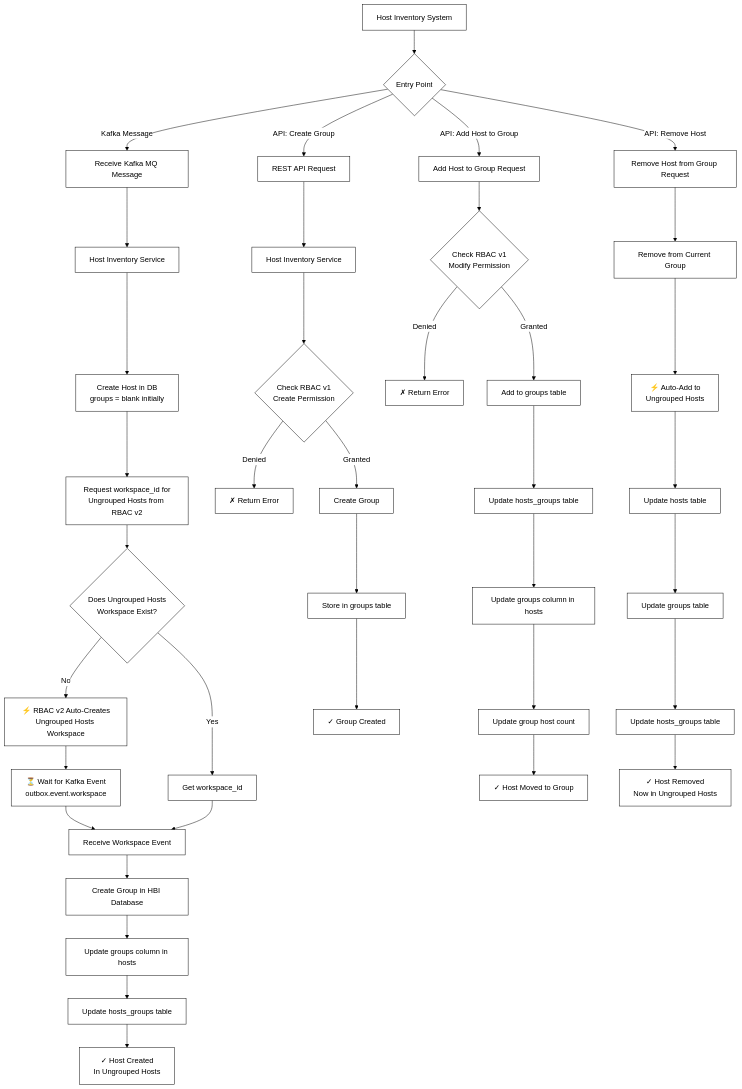
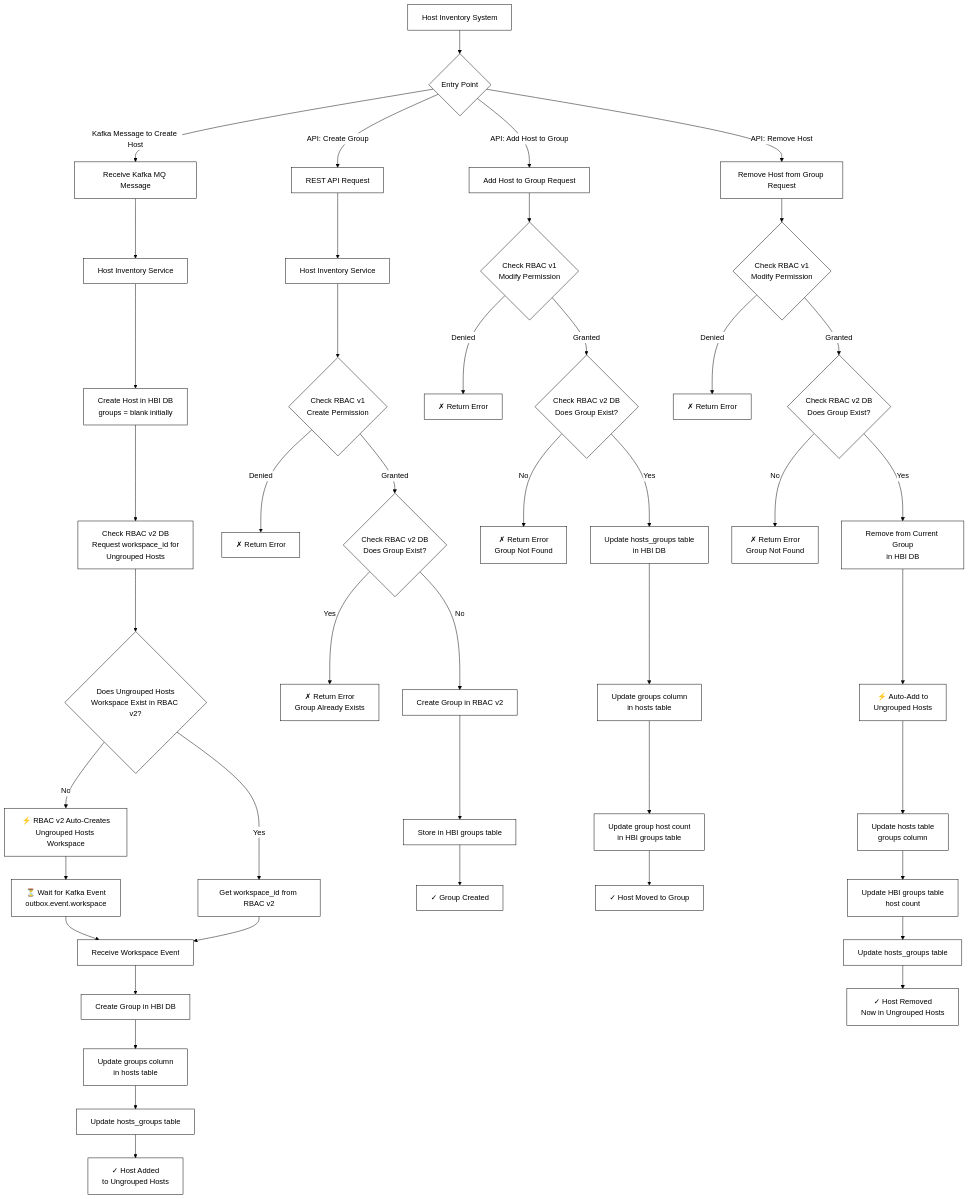
One commit to RedHatInsights/insights-host-inventory changed the fourth of 4 diagrams in docs/kessel-effects-combined.md. Above: the diagram before and after it, drawn with Mermaid. The commit also changed other lines of this file and 1 other file, not shown here.

Commit message:
Added RBAC_V2 check for With Kessel scenarios and cleaned up the doc

````diff
--- a/docs/kessel-effects-combined.md
+++ b/docs/kessel-effects-combined.md
@@ -104,51 +128,58 @@
 ```mermaid
 %%{init: {'theme':'base', 'themeVariables': { 'primaryColor':'#ffffff','primaryTextColor':'#000000','primaryBorderColor':'#000000','lineColor':'#000000','secondaryColor':'#ffffff','tertiaryColor':'#ffffff','clusterBkg':'#ffffff','clusterBorder':'#000000','titleColor':'#000000','edgeLabelBackground':'#ffffff','nodeTextColor':'#000000'}}}%%
 flowchart TD
     Start[Host Inventory System]
     Start --> Entry{Entry Point}
 
-    Entry -->|Kafka Message| KC1[Receive Kafka MQ Message]
+    Entry -->|Kafka Message to Create Host| KC1[Receive Kafka MQ Message]
     Entry -->|API: Create Group| KGC1[REST API Request]
     Entry -->|API: Add Host to Group| KHG1[Add Host to Group Request]
     Entry -->|API: Remove Host| KRG1[Remove Host from Group Request]
 
     %% Host Creation Flow - Always Grouped
     KC1 --> KC2[Host Inventory Service]
-    KC2 --> KC3[Create Host in DB<br/>groups = blank initially]
-    KC3 --> KC4[Request workspace_id for<br/>Ungrouped Hosts from RBAC v2]
-    KC4 --> KC5{Does Ungrouped Hosts<br/>Workspace Exist?}
+    KC2 --> KC3[Create Host in HBI DB<br/>groups = blank initially]
+    KC3 --> KC4[Check RBAC v2 DB<br/>Request workspace_id for<br/>Ungrouped Hosts]
+    KC4 --> KC5{Does Ungrouped Hosts<br/>Workspace Exist in RBAC v2?}
     KC5 -->|No| KC6[⚡ RBAC v2 Auto-Creates<br/>Ungrouped Hosts Workspace]
-    KC5 -->|Yes| KC7[Get workspace_id]
+    KC5 -->|Yes| KC7[Get workspace_id from RBAC v2]
     KC6 --> KC8[⏳ Wait for Kafka Event<br/>outbox.event.workspace]
     KC8 --> KC9[Receive Workspace Event]
     KC7 --> KC9
-    KC9 --> KC10[Create Group in HBI Database]
-    KC10 --> KC11[Update groups column in hosts]
+    KC9 --> KC10[Create Group in HBI DB]
+    KC10 --> KC11[Update groups column<br/>in hosts table]
     KC11 --> KC12[Update hosts_groups table]
-    KC12 --> KC13[✓ Host Created<br/>In Ungrouped Hosts]
+    KC12 --> KC13[✓ Host Added <br/>to Ungrouped Hosts]
 
     %% Group Creation Flow
     KGC1 --> KGC2[Host Inventory Service]
     KGC2 --> KGC3{Check RBAC v1<br/>Create Permission}
     KGC3 -->|Denied| KGC4[✗ Return Error]
-    KGC3 -->|Granted| KGC5[Create Group]
-    KGC5 --> KGC6[Store in groups table]
-    KGC6 --> KGC7[✓ Group Created]
+    KGC3 -->|Granted| KGC5{Check RBAC v2 DB<br/>Does Group Exist?}
+    KGC5 -->|Yes| KGC8[✗ Return Error<br/>Group Already Exists]
+    KGC5 -->|No| KGC6[Create Group in RBAC v2]
+    KGC6 --> KGC7[Store in HBI groups table]
+    KGC7 --> KGC9[✓ Group Created]
 
     %% Add Host to Group Flow
     KHG1 --> KHG2{Check RBAC v1<br/>Modify Permission}
     KHG2 -->|Denied| KHG3[✗ Return Error]
-    KHG2 -->|Granted| KHG4[Add to groups table]
-    KHG4 --> KHG5[Update hosts_groups table]
-    KHG5 --> KHG6[Update groups column in hosts]
-    KHG6 --> KHG7[Update group host count]
-    KHG7 --> KHG8[✓ Host Moved to Group]
+    KHG2 -->|Granted| KHG4{Check RBAC v2 DB<br/>Does Group Exist?}
+    KHG4 -->|No| KHG9[✗ Return Error<br/>Group Not Found]
+    KHG4 -->|Yes| KHG5[Update hosts_groups table<br/>in HBI DB]
+    KHG5 --> KHG6[Update groups column<br/>in hosts table]
+    KHG6 --> KHG7[Update group host count<br/>in HBI groups table]
+    KHG7 --> KHG10[✓ Host Moved to Group]
 
     %% Remove Host from Group Flow - Auto Ungrouped
-    KRG1 --> KRG2[Remove from Current Group]
-    KRG2 --> KRG3[⚡ Auto-Add to<br/>Ungrouped Hosts]
-    KRG3 --> KRG4[Update hosts table]
-    KRG4 --> KRG5[Update groups table]
-    KRG5 --> KRG6[Update hosts_groups table]
-    KRG6 --> KRG7[✓ Host Removed<br/>Now in Ungrouped Hosts]
+    KRG1 --> KRG2{Check RBAC v1<br/>Modify Permission}
+    KRG2 -->|Denied| KRG10[✗ Return Error]
+    KRG2 -->|Granted| KRG3{Check RBAC v2 DB<br/>Does Group Exist?}
+    KRG3 -->|No| KRG8[✗ Return Error<br/>Group Not Found]
+    KRG3 -->|Yes| KRG4[Remove from Current Group<br/>in HBI DB]
+    KRG4 --> KRG5[⚡ Auto-Add to<br/>Ungrouped Hosts]
+    KRG5 --> KRG6[Update hosts table<br/>groups column]
+    KRG6 --> KRG7[Update HBI groups table<br/>host count]
+    KRG7 --> KRG8B[Update hosts_groups table]
+    KRG8B --> KRG9[✓ Host Removed<br/>Now in Ungrouped Hosts]
 ```
````
